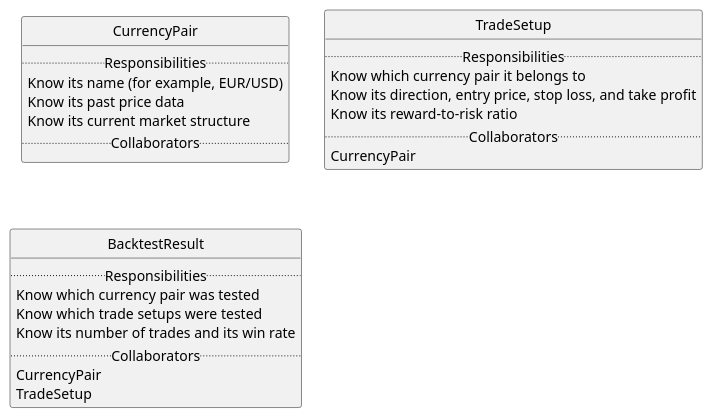
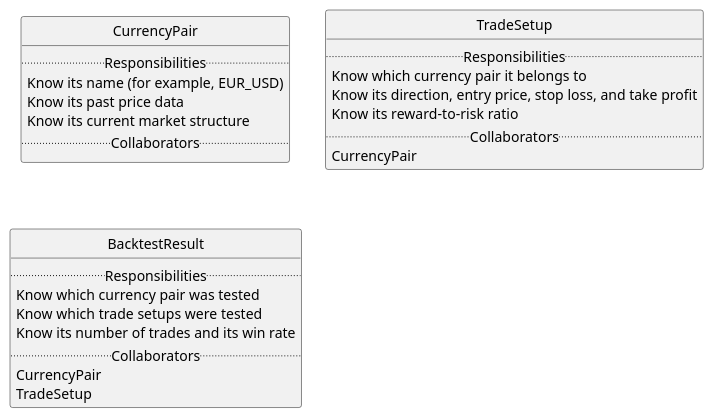
One commit to dan119524/nexus-trade changed the diagram in docs/design/uml/crc.puml. Above: the diagram before and after it, drawn with PlantUML. The commit also changed 6 other files, not shown here.

```diff
--- a/docs/design/uml/crc.puml
+++ b/docs/design/uml/crc.puml
@@ -1,33 +1,33 @@
 @startuml crc
 ' Source: docs/design/requirements.md, section "CRC Analysis"
 ' CRC cards only: no relationship arrows between cards.
 skinparam classAttributeIconSize 0
 hide circle
 
 class CurrencyPair {
   .. Responsibilities ..
-  Know its name (for example, EUR/USD)
+  Know its name (for example, EUR_USD)
   Know its past price data
   Know its current market structure
   .. Collaborators ..
 }
 
 class TradeSetup {
   .. Responsibilities ..
   Know which currency pair it belongs to
   Know its direction, entry price, stop loss, and take profit
   Know its reward-to-risk ratio
   .. Collaborators ..
   CurrencyPair
 }
 
 class BacktestResult {
   .. Responsibilities ..
   Know which currency pair was tested
   Know which trade setups were tested
   Know its number of trades and its win rate
   .. Collaborators ..
   CurrencyPair
   TradeSetup
 }
 @enduml
```
